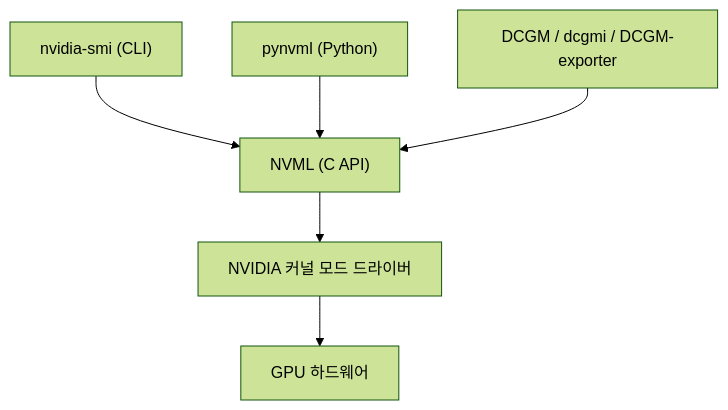
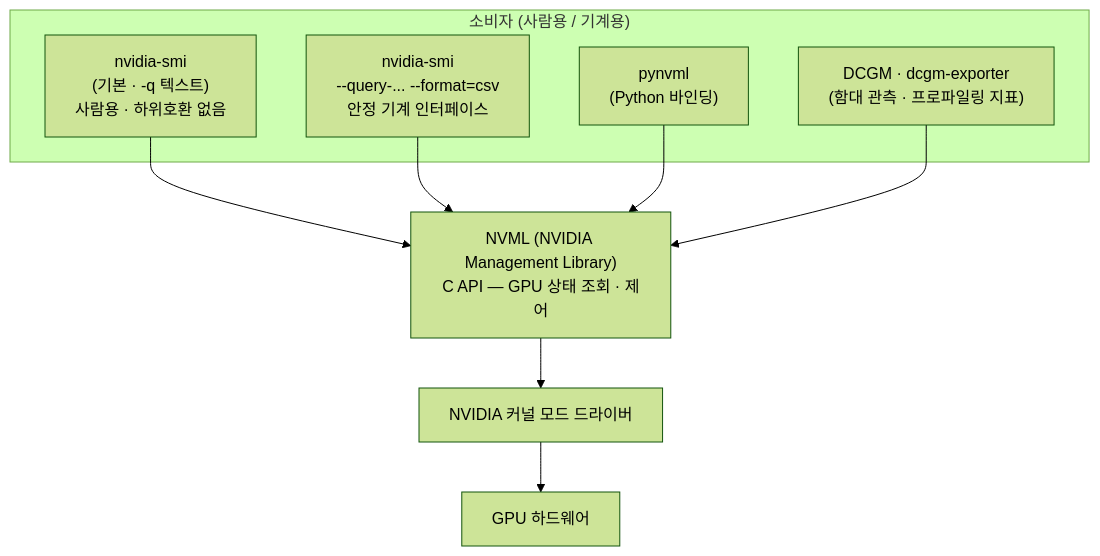
One commit to hongjeZZ/hongjeZZ.github.io changed the first of 2 diagrams in _posts/2026-06-30-nvidia-smi.md. Above: the diagram before and after it, drawn with Mermaid (forest theme). The commit also changed other lines of this file, not shown here.

First line of the commit message:
refactor(post): nvidia-smi 난이도 계단 적용 (§2.5) (#15)

````diff
--- a/_posts/2026-06-30-nvidia-smi.md
+++ b/_posts/2026-06-30-nvidia-smi.md
@@ -26,8 +30,18 @@
 ```mermaid
 flowchart TD
-    SMI["nvidia-smi (CLI)"] --> NVML
-    PY["pynvml (Python)"] --> NVML
-    DCGM["DCGM / dcgmi / DCGM-exporter"] --> NVML
-    NVML["NVML (C API)"] --> DRV["NVIDIA 커널 모드 드라이버"]
-    DRV --> GPU["GPU 하드웨어"]
+    subgraph clients["소비자 (사람용 / 기계용)"]
+        smi_h["nvidia-smi<br/>(기본 · -q 텍스트)<br/>사람용 · 하위호환 없음"]
+        smi_q["nvidia-smi<br/>--query-... --format=csv<br/>안정 기계 인터페이스"]
+        pynvml["pynvml<br/>(Python 바인딩)"]
+        dcgm["DCGM · dcgm-exporter<br/>(함대 관측 · 프로파일링 지표)"]
+    end
+    nvml["NVML (NVIDIA Management Library)<br/>C API — GPU 상태 조회 · 제어"]
+    driver["NVIDIA 커널 모드 드라이버"]
+    gpu["GPU 하드웨어"]
+
+    smi_h --> nvml
+    smi_q --> nvml
+    pynvml --> nvml
+    dcgm --> nvml
+    nvml --> driver --> gpu
 ```
````
